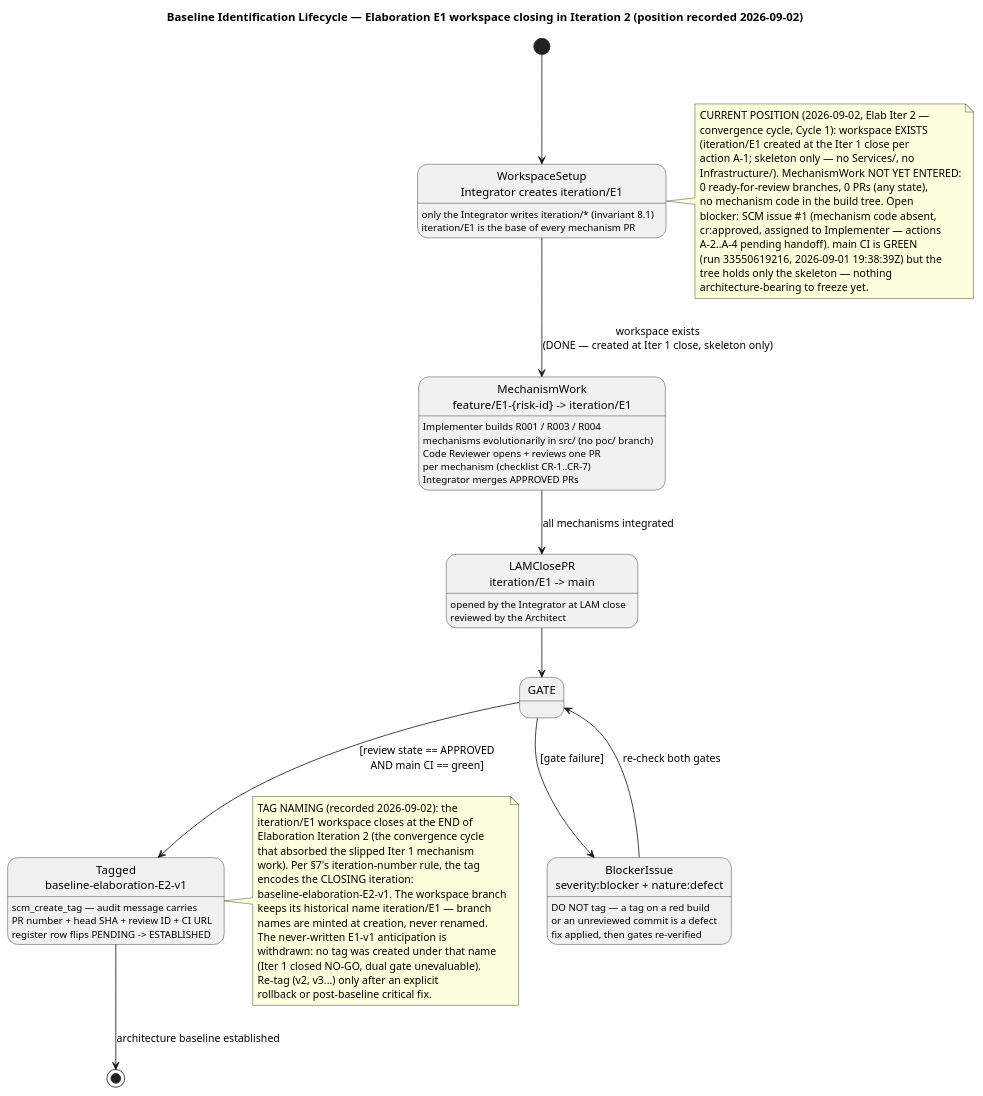
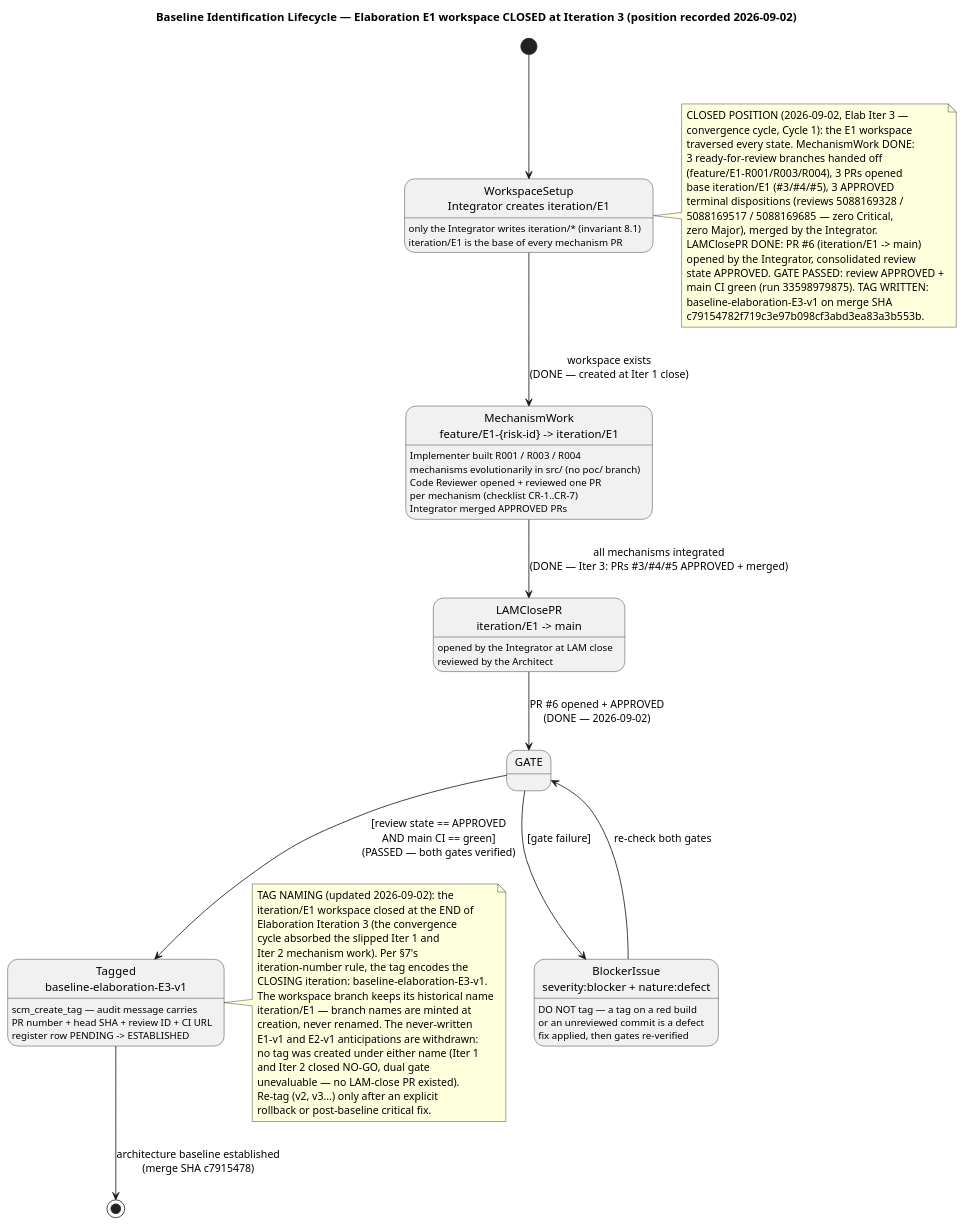
One commit to banense-test/employee-portal changed the second of 4 diagrams in docs/BRANCHING_STRATEGY.md. Above: the diagram before and after it, drawn with PlantUML. The commit also changed other lines of this file, not shown here.

Commit message:
docs: BRANCHING_STRATEGY — E1 workspace CLOSED at Elab Iter 3; baseline-elaboration-E3-v1 ESTABLISHED. LAM-close PR #6 (iteration/E1 → main) merged (consolidated review APPROVED; main CI green run 33598979875); tag written on merge SHA c79154782f719c3e97b098cf3abd3ea83a3b553b. Register row PENDING → ESTABLISHED with full audit values; naming reconciliation updated to the closing iteration (E3); never-written E2-v1 anticipation withdrawn; lifecycle + content-map diagrams refreshed to the closed position.

````diff
--- a/docs/BRANCHING_STRATEGY.md
+++ b/docs/BRANCHING_STRATEGY.md
@@ -161,73 +161,77 @@
 ```plantuml
 @startuml
-title Baseline Identification Lifecycle — Elaboration E1 workspace closing in Iteration 2 (position recorded 2026-09-02)
+title Baseline Identification Lifecycle — Elaboration E1 workspace CLOSED at Iteration 3 (position recorded 2026-09-02)
 
 [*] --> WS
 state "WorkspaceSetup\nIntegrator creates iteration/E1" as WS {
   WS : only the Integrator writes iteration/* (invariant 8.1)
   WS : iteration/E1 is the base of every mechanism PR
 }
-WS --> MW : workspace exists\n(DONE — created at Iter 1 close, skeleton only)
+WS --> MW : workspace exists\n(DONE — created at Iter 1 close)
 state "MechanismWork\nfeature/E1-{risk-id} -> iteration/E1" as MW {
-  MW : Implementer builds R001 / R003 / R004
+  MW : Implementer built R001 / R003 / R004
   MW : mechanisms evolutionarily in src/ (no poc/ branch)
-  MW : Code Reviewer opens + reviews one PR
+  MW : Code Reviewer opened + reviewed one PR
   MW : per mechanism (checklist CR-1..CR-7)
-  MW : Integrator merges APPROVED PRs
+  MW : Integrator merged APPROVED PRs
 }
-MW --> LAM : all mechanisms integrated
+MW --> LAM : all mechanisms integrated\n(DONE — Iter 3: PRs #3/#4/#5 APPROVED + merged)
 state "LAMClosePR\niteration/E1 -> main" as LAM {
   LAM : opened by the Integrator at LAM close
   LAM : reviewed by the Architect
 }
-LAM --> GATE
+LAM --> GATE : PR #6 opened + APPROVED\n(DONE — 2026-09-02)
 state GATE <<choice>>
-GATE --> TAG : [review state == APPROVED\nAND main CI == green]
+GATE --> TAG : [review state == APPROVED\nAND main CI == green]\n(PASSED — both gates verified)
 GATE --> BLK : [gate failure]
-state "Tagged\nbaseline-elaboration-E2-v1" as TAG {
+state "Tagged\nbaseline-elaboration-E3-v1" as TAG {
   TAG : scm_create_tag — audit message carries
   TAG : PR number + head SHA + review ID + CI URL
-  TAG : register row flips PENDING -> ESTABLISHED
+  TAG : register row PENDING -> ESTABLISHED
 }
 state "BlockerIssue\nseverity:blocker + nature:defect" as BLK {
   BLK : DO NOT tag — a tag on a red build
   BLK : or an unreviewed commit is a defect
   BLK : fix applied, then gates re-verified
 }
 BLK --> GATE : re-check both gates
-TAG --> [*] : architecture baseline established
+TAG --> [*] : architecture baseline established\n(merge SHA c7915478)
 
 note right of WS
-  CURRENT POSITION (2026-09-02, Elab Iter 2 —
-  convergence cycle, Cycle 1): workspace EXISTS
-  (iteration/E1 created at the Iter 1 close per
-  action A-1; skeleton only — no Services/, no
-  Infrastructure/). MechanismWork NOT YET ENTERED:
-  0 ready-for-review branches, 0 PRs (any state),
-  no mechanism code in the build tree. Open
-  blocker: SCM issue #1 (mechanism code absent,
-  cr:approved, assigned to Implementer — actions
-  A-2..A-4 pending handoff). main CI is GREEN
-  (run 33550619216, 2026-09-01 19:38:39Z) but the
-  tree holds only the skeleton — nothing
-  architecture-bearing to freeze yet.
+  CLOSED POSITION (2026-09-02, Elab Iter 3 —
+  convergence cycle, Cycle 1): the E1 workspace
+  traversed every state. MechanismWork DONE:
+  3 ready-for-review branches handed off
+  (feature/E1-R001/R003/R004), 3 PRs opened
+  base iteration/E1 (#3/#4/#5), 3 APPROVED
+  terminal dispositions (reviews 5088169328 /
+  5088169517 / 5088169685 — zero Critical,
+  zero Major), merged by the Integrator.
+  LAMClosePR DONE: PR #6 (iteration/E1 -> main)
+  opened by the Integrator, consolidated review
+  state APPROVED. GATE PASSED: review APPROVED +
+  main CI green (run 33598979875). TAG WRITTEN:
+  baseline-elaboration-E3-v1 on merge SHA
+  c79154782f719c3e97b098cf3abd3ea83a3b553b.
 end note
 
 note right of TAG
-  TAG NAMING (recorded 2026-09-02): the
-  iteration/E1 workspace closes at the END of
-  Elaboration Iteration 2 (the convergence cycle
-  that absorbed the slipped Iter 1 mechanism
-  work). Per §7's iteration-number rule, the tag
-  encodes the CLOSING iteration:
-  baseline-elaboration-E2-v1. The workspace branch
-  keeps its historical name iteration/E1 — branch
-  names are minted at creation, never renamed.
-  The never-written E1-v1 anticipation is
-  withdrawn: no tag was created under that name
-  (Iter 1 closed NO-GO, dual gate unevaluable).
+  TAG NAMING (updated 2026-09-02): the
+  iteration/E1 workspace closed at the END of
+  Elaboration Iteration 3 (the convergence
+  cycle absorbed the slipped Iter 1 and
+  Iter 2 mechanism work). Per §7's
+  iteration-number rule, the tag encodes the
+  CLOSING iteration: baseline-elaboration-E3-v1.
+  The workspace branch keeps its historical name
+  iteration/E1 — branch names are minted at
+  creation, never renamed. The never-written
+  E1-v1 and E2-v1 anticipations are withdrawn:
+  no tag was created under either name (Iter 1
+  and Iter 2 closed NO-GO, dual gate
+  unevaluable — no LAM-close PR existed).
   Re-tag (v2, v3...) only after an explicit
   rollback or post-baseline critical fix.
 end note
 @enduml
 ```
````
